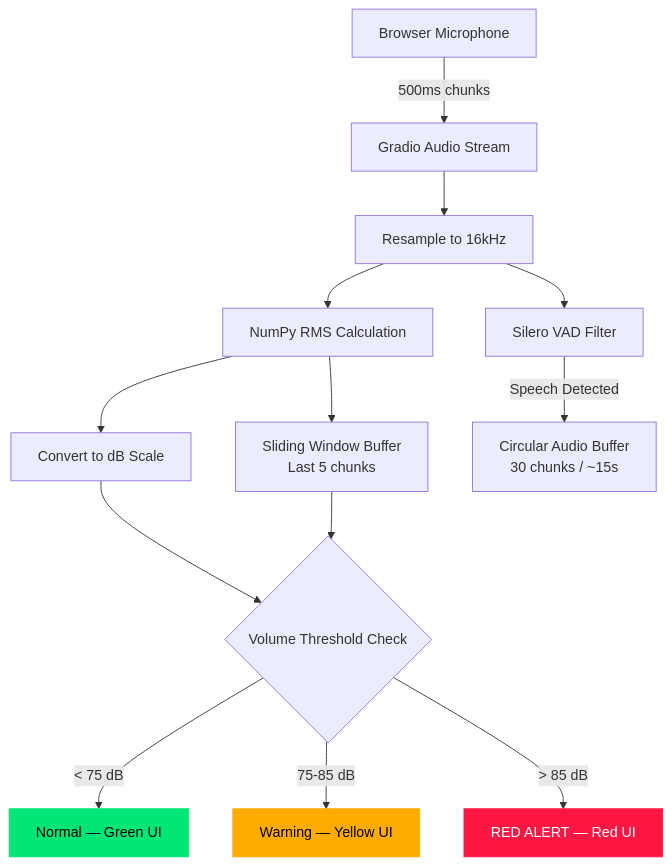
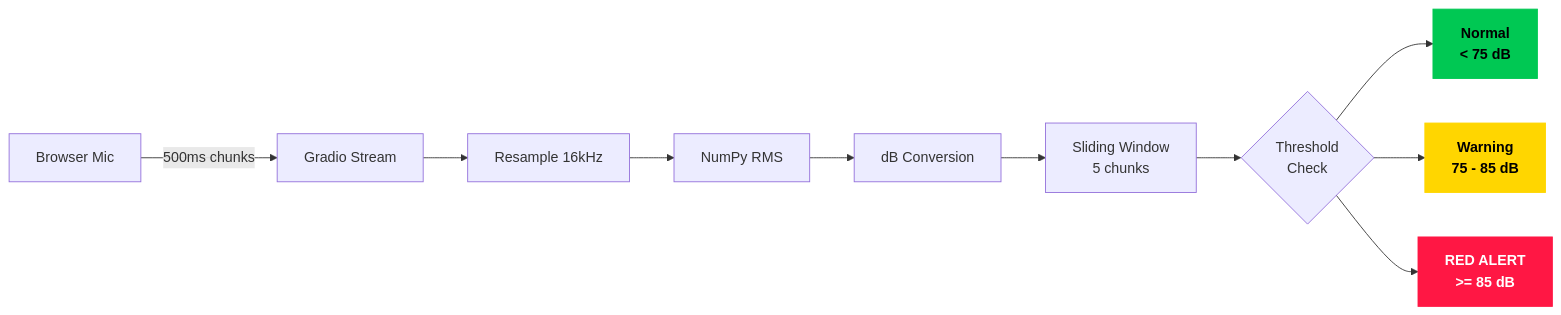
The first of 5 diagrams in docs/phase-01-flow.md (bookseal/sentinel-real-time-cognitive-assistant), drawn with Mermaid before and after one commit. The commit also changed other lines of this file, not shown here.

````diff
--- a/docs/phase-01-flow.md
+++ b/docs/phase-01-flow.md
@@ -5,21 +15,21 @@
 ```mermaid
-graph TD
-    A[Browser Microphone] -->|500ms chunks| B[Gradio Audio Stream]
-    B --> C[Resample to 16kHz]
-    C --> D[NumPy RMS Calculation]
-    D --> E[Convert to dB Scale]
-    E --> F{Volume Threshold Check}
-    F -->|< 75 dB| G[Normal — Green UI]
-    F -->|75-85 dB| H[Warning — Yellow UI]
-    F -->|> 85 dB| I[RED ALERT — Red UI]
+flowchart LR
+    MIC[Browser Mic] -->|500ms chunks| GS[Gradio Stream]
+    GS --> RS[Resample 16kHz]
+    RS --> RMS[NumPy RMS]
+    RMS --> DB[dB Conversion]
+    DB --> SW[Sliding Window<br/>5 chunks]
+    SW --> TC{Threshold<br/>Check}
 
-    D --> J[Sliding Window Buffer<br/>Last 5 chunks]
-    J --> F
+    TC --> N:::greenState
+    TC --> W:::yellowState
+    TC --> R:::redState
 
-    C --> K[Silero VAD Filter]
-    K -->|Speech Detected| L[Circular Audio Buffer<br/>30 chunks / ~15s]
+    N["Normal<br/>< 75 dB"]
+    W["Warning<br/>75 - 85 dB"]
+    R["RED ALERT<br/>>= 85 dB"]
 
-    style I fill:#ff1744,color:#fff,stroke:#ff1744
-    style H fill:#ffab00,color:#000,stroke:#ffab00
-    style G fill:#00e676,color:#000,stroke:#00e676
+    classDef greenState fill:#00c853,stroke:#00c853,color:#000,font-weight:bold
+    classDef yellowState fill:#ffd600,stroke:#ffd600,color:#000,font-weight:bold
+    classDef redState fill:#ff1744,stroke:#ff1744,color:#fff,font-weight:bold
 ```
````
